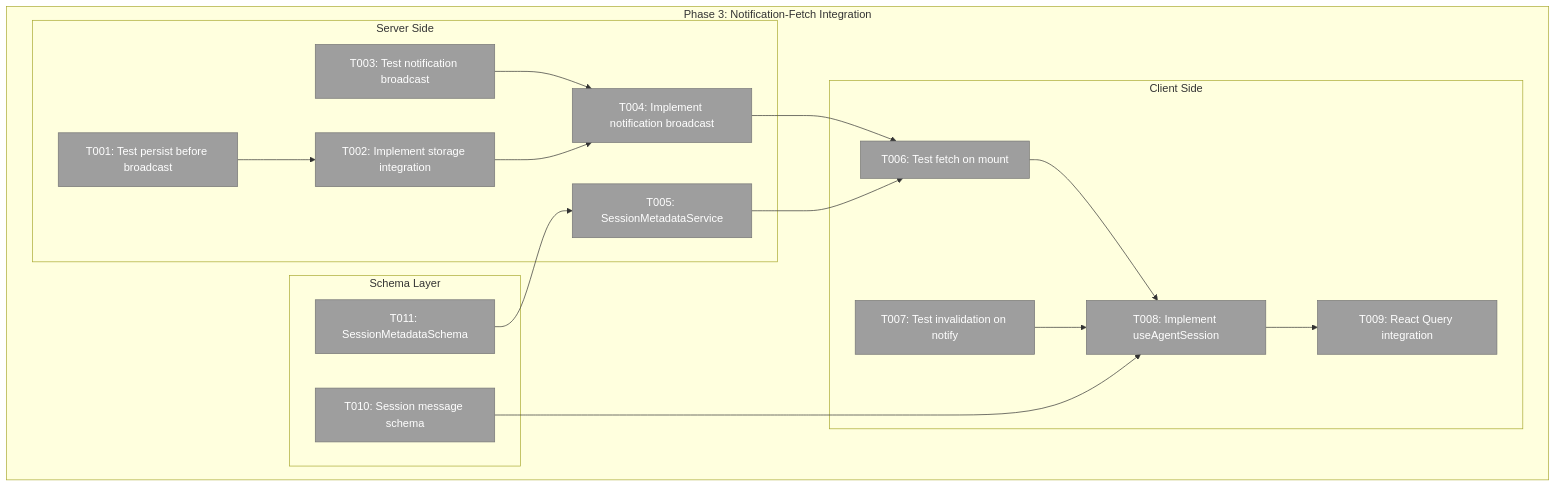
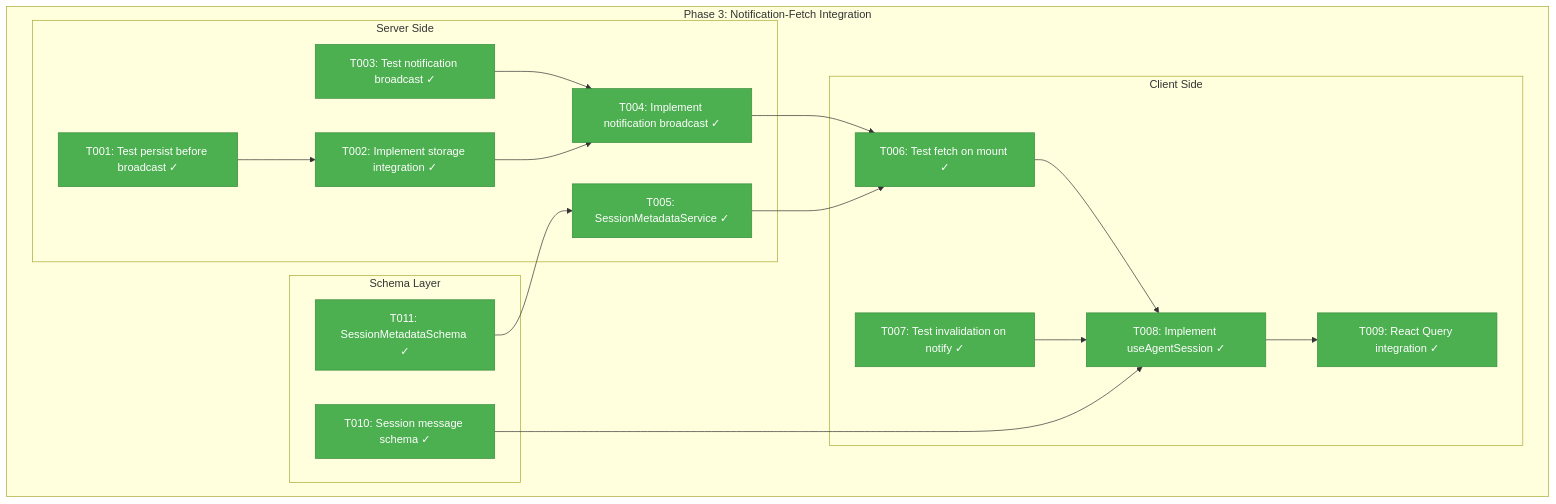
Before and after one commit to AI-Substrate/chainglass: the first of 4 diagrams in docs/plans/015-better-agents/tasks/phase-3-sse-broadcast-integration/tasks.md, drawn with Mermaid. The commit also changed other lines of this file and 16 other files, not shown here.

First line of the commit message:
feat(phase-3): implement notification-fetch SSE architecture

````diff
--- a/docs/plans/015-better-agents/tasks/phase-3-sse-broadcast-integration/tasks.md
+++ b/docs/plans/015-better-agents/tasks/phase-3-sse-broadcast-integration/tasks.md
@@ -126,38 +126,38 @@
 ```mermaid
 flowchart TD
     classDef pending fill:#9E9E9E,stroke:#757575,color:#fff
     classDef completed fill:#4CAF50,stroke:#388E3C,color:#fff
 
     subgraph Phase3["Phase 3: Notification-Fetch Integration"]
         subgraph Schema["Schema Layer"]
-            T011["T011: SessionMetadataSchema"]:::pending
-            T010["T010: Session message schema"]:::pending
+            T011["T011: SessionMetadataSchema ✓"]:::completed
+            T010["T010: Session message schema ✓"]:::completed
         end
 
         subgraph Server["Server Side"]
-            T001["T001: Test persist before broadcast"]:::pending
-            T002["T002: Implement storage integration"]:::pending
-            T003["T003: Test notification broadcast"]:::pending
-            T004["T004: Implement notification broadcast"]:::pending
-            T005["T005: SessionMetadataService"]:::pending
+            T001["T001: Test persist before broadcast ✓"]:::completed
+            T002["T002: Implement storage integration ✓"]:::completed
+            T003["T003: Test notification broadcast ✓"]:::completed
+            T004["T004: Implement notification broadcast ✓"]:::completed
+            T005["T005: SessionMetadataService ✓"]:::completed
             T001 --> T002
             T003 --> T004
             T002 --> T004
             T011 --> T005
         end
 
         subgraph Hook["Client Side"]
-            T006["T006: Test fetch on mount"]:::pending
-            T007["T007: Test invalidation on notify"]:::pending
-            T008["T008: Implement useAgentSession"]:::pending
-            T009["T009: React Query integration"]:::pending
+            T006["T006: Test fetch on mount ✓"]:::completed
+            T007["T007: Test invalidation on notify ✓"]:::completed
+            T008["T008: Implement useAgentSession ✓"]:::completed
+            T009["T009: React Query integration ✓"]:::completed
             T006 --> T008
             T007 --> T008
             T008 --> T009
         end
 
         T004 --> T006
         T005 --> T006
         T010 --> T008
     end
 ```
````
